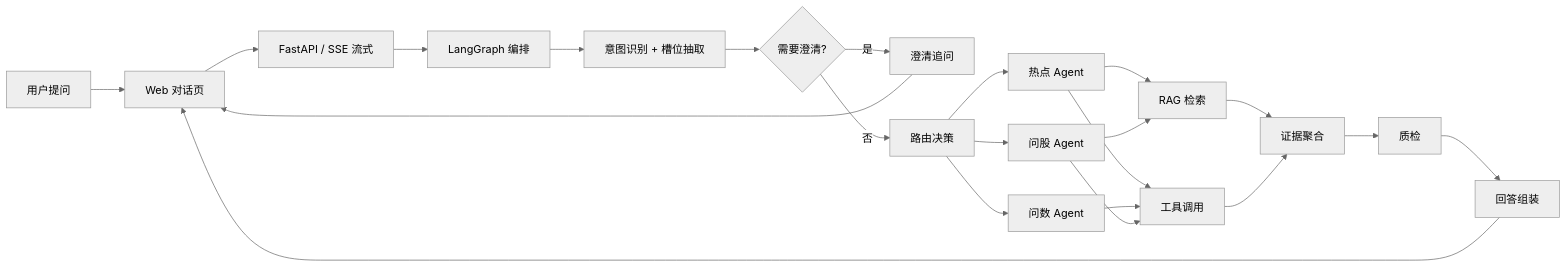
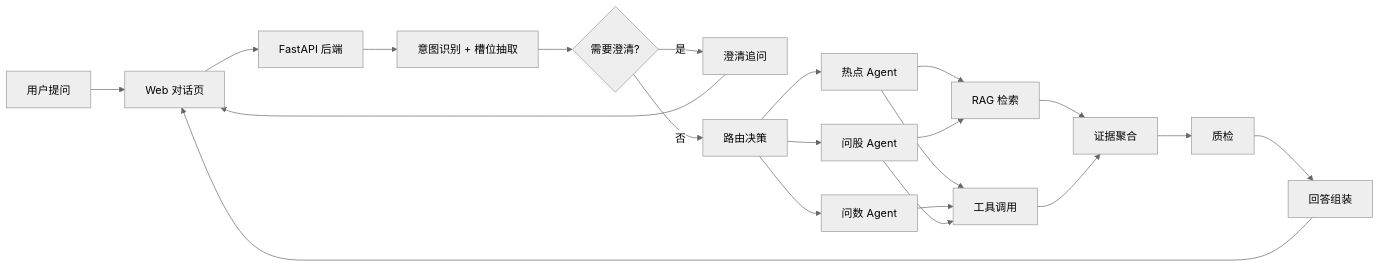
One commit to PompeiiChan/TideSignal-InvestmentResearch changed the diagram in README.md. Above: the diagram before and after it, drawn with Mermaid (neutral theme). The commit also changed other lines of this file, not shown here.

First line of the commit message:
docs: 优化产品流程图，去除技术实现细节

````diff
--- a/README.md
+++ b/README.md
@@ -48,24 +48,22 @@
 ```mermaid
 flowchart LR
     U[用户提问] --> UI[Web 对话页]
-    UI --> API[FastAPI / SSE 流式]
-    API --> LG[LangGraph 编排]
-
-    LG --> I[意图识别 + 槽位抽取]
+    UI --> API[FastAPI 后端]
+    API --> I[意图识别 + 槽位抽取]
     I --> C{需要澄清?}
     C -- 是 --> CL[澄清追问]
     C -- 否 --> R[路由决策]
 
     R --> H[热点 Agent]
     R --> D[问数 Agent]
     R --> S[问股 Agent]
 
     H & S --> RAG[RAG 检索]
     H & D & S --> TOOL[工具调用]
 
     RAG & TOOL --> EM[证据聚合]
     EM --> QC[质检]
     QC --> ASM[回答组装]
     ASM --> UI
     CL --> UI
 ```
````
